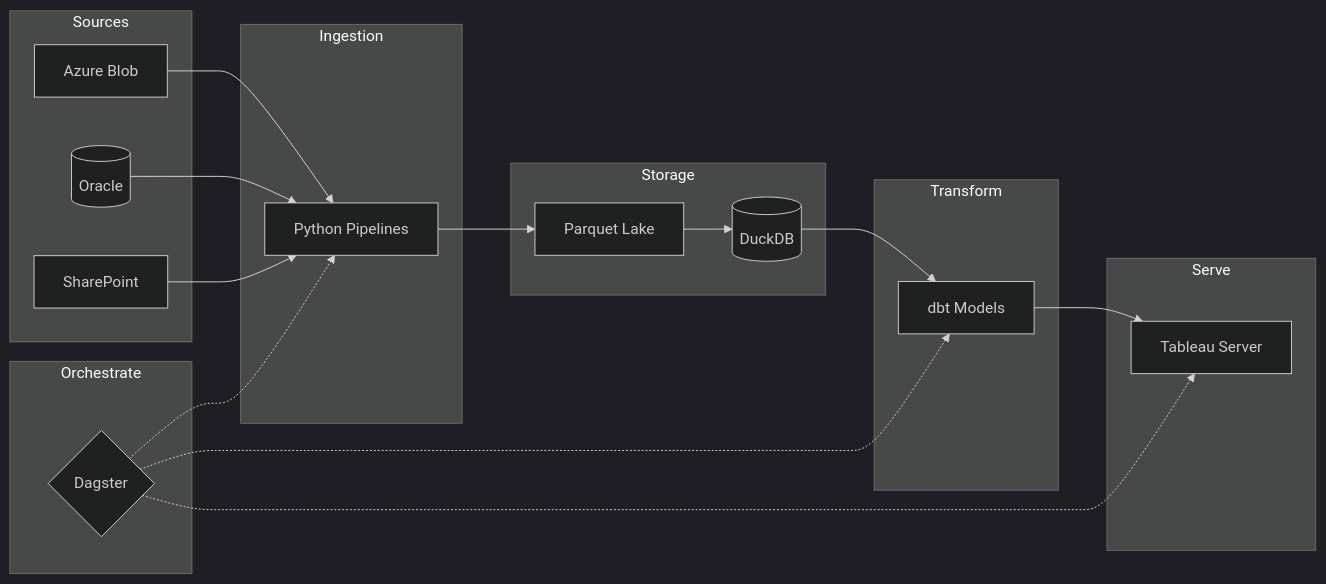
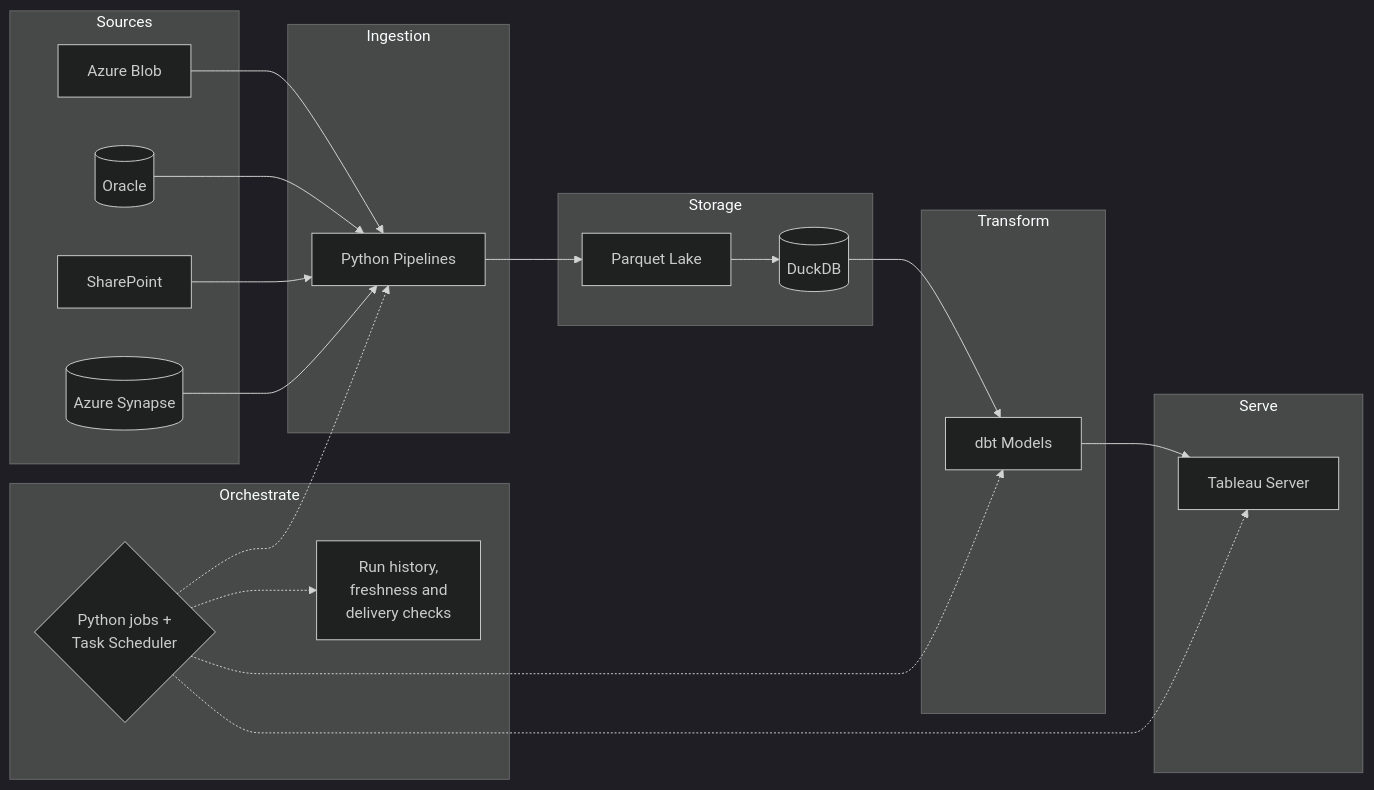
One commit to jabba197/career-portfolio changed the diagram in content/index.md. Above: the diagram before and after it, drawn with Mermaid (dark theme). The commit also changed other lines of this file and 17 other files, not shown here.

````diff
--- a/content/index.md
+++ b/content/index.md
@@ -48,40 +50,44 @@
 ```mermaid
 flowchart LR
     subgraph Sources
         Azure[Azure Blob]
         Oracle[(Oracle)]
         SharePoint[SharePoint]
+        Synapse[(Azure Synapse)]
     end
 
     subgraph Ingestion
         Python[Python Pipelines]
     end
 
     subgraph Storage
         Parquet[Parquet Lake]
         DuckDB[(DuckDB)]
     end
 
     subgraph Transform
         DBT[dbt Models]
     end
 
     subgraph Serve
         Tableau[Tableau Server]
     end
 
     subgraph Orchestrate
-        Dagster{Dagster}
+        Jobs{Python jobs +<br/>Task Scheduler}
+        Checks[Run history,<br/>freshness and<br/>delivery checks]
     end
 
     Azure --> Python
     Oracle --> Python
     SharePoint --> Python
+    Synapse --> Python
     Python --> Parquet
     Parquet --> DuckDB
     DuckDB --> DBT
     DBT --> Tableau
-    Dagster -.-> Python
-    Dagster -.-> DBT
-    Dagster -.-> Tableau
+    Jobs -.-> Python
+    Jobs -.-> DBT
+    Jobs -.-> Tableau
+    Jobs -.-> Checks
 ```
````
